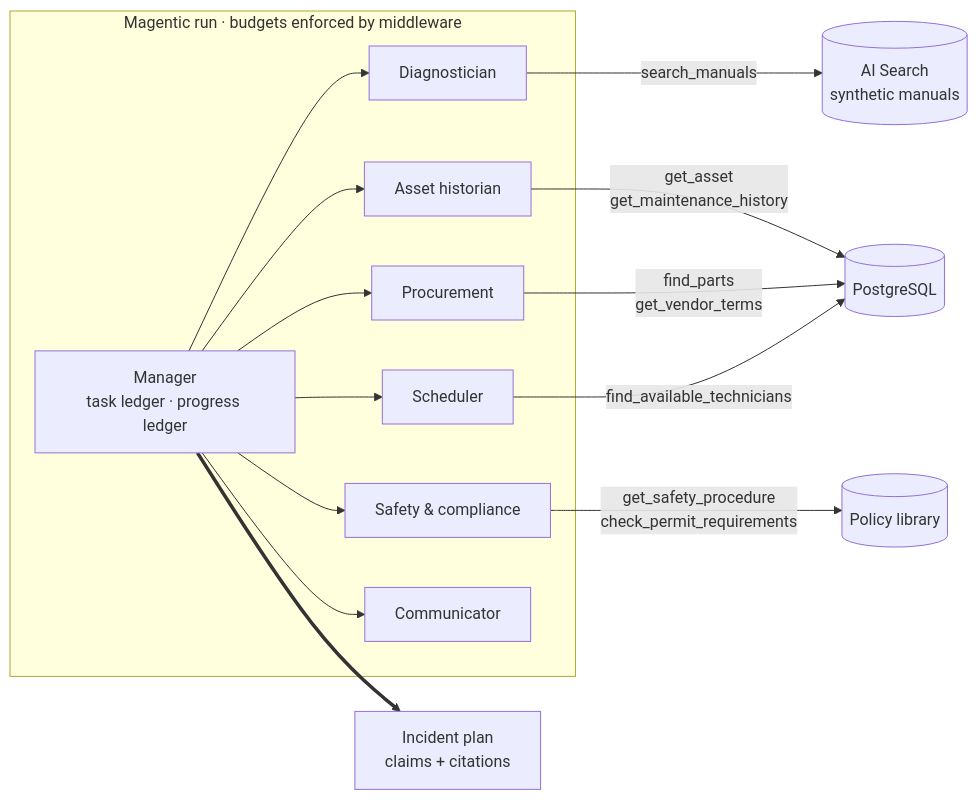
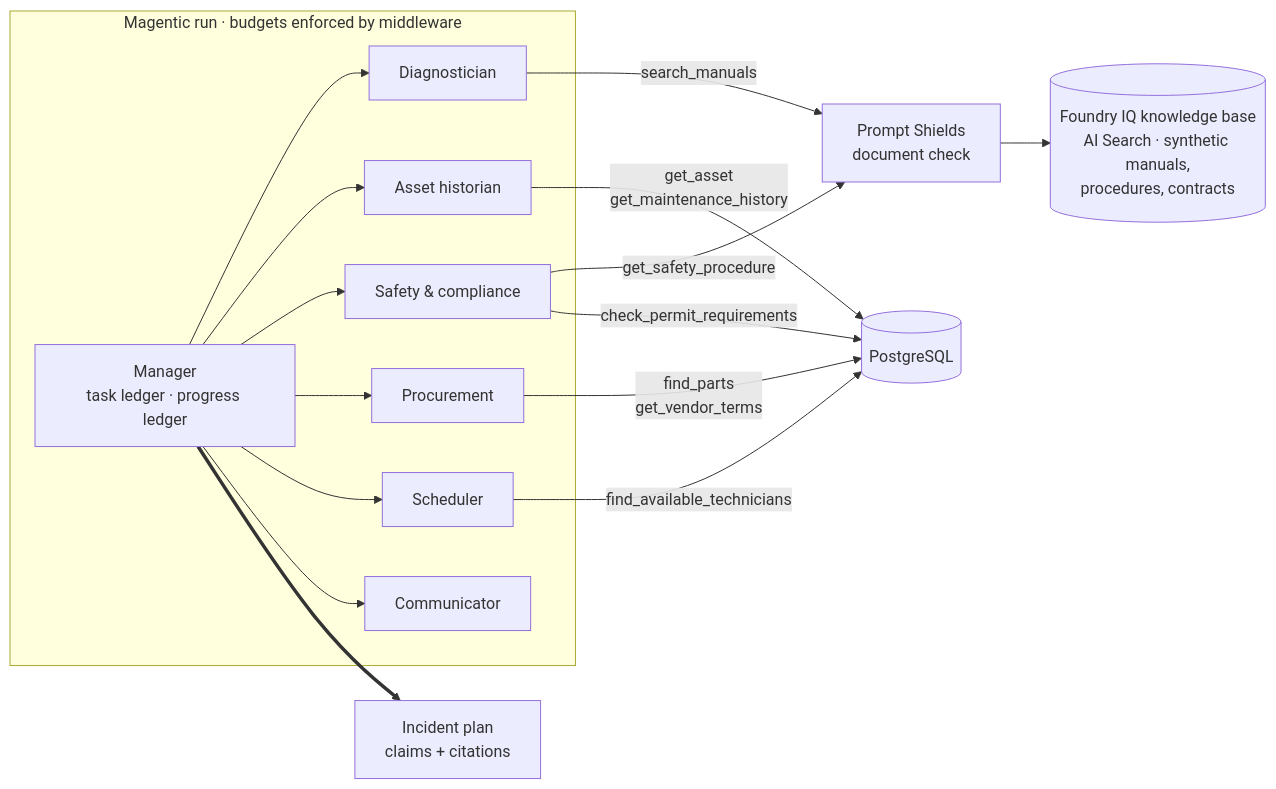
The sixth of 19 diagrams in docs/architecture.md (wasif1024/facilityops), drawn with Mermaid before and after one commit. The commit also changed other lines of this file and 28 other files, not shown here.

````diff
--- a/docs/architecture.md
+++ b/docs/architecture.md
@@ -239,22 +265,24 @@
 ```mermaid
 flowchart LR
     subgraph run["Magentic run · budgets enforced by middleware"]
         mgr["Manager<br/>task ledger · progress ledger"]
         diag["Diagnostician"]
         hist["Asset historian"]
         safe["Safety &amp; compliance"]
         proc["Procurement"]
         sched["Scheduler"]
         comm["Communicator"]
     end
 
     mgr --> diag & hist & safe & proc & sched & comm
 
-    diag -- "search_manuals" --> ais[("AI Search<br/>synthetic manuals")]
+    diag -- "search_manuals" --> shield["Prompt Shields<br/>document check"]
+    safe -- "get_safety_procedure" --> shield
+    shield --> ais[("Foundry IQ knowledge base<br/>AI Search · synthetic manuals,<br/>procedures, contracts")]
     hist -- "get_asset<br/>get_maintenance_history" --> pg[("PostgreSQL")]
     proc -- "find_parts<br/>get_vendor_terms" --> pg
     sched -- "find_available_technicians" --> pg
-    safe -- "get_safety_procedure<br/>check_permit_requirements" --> pol[("Policy library")]
+    safe -- "check_permit_requirements" --> pg
 
     mgr ==> out["Incident plan<br/>claims + citations"]
 ```
````
